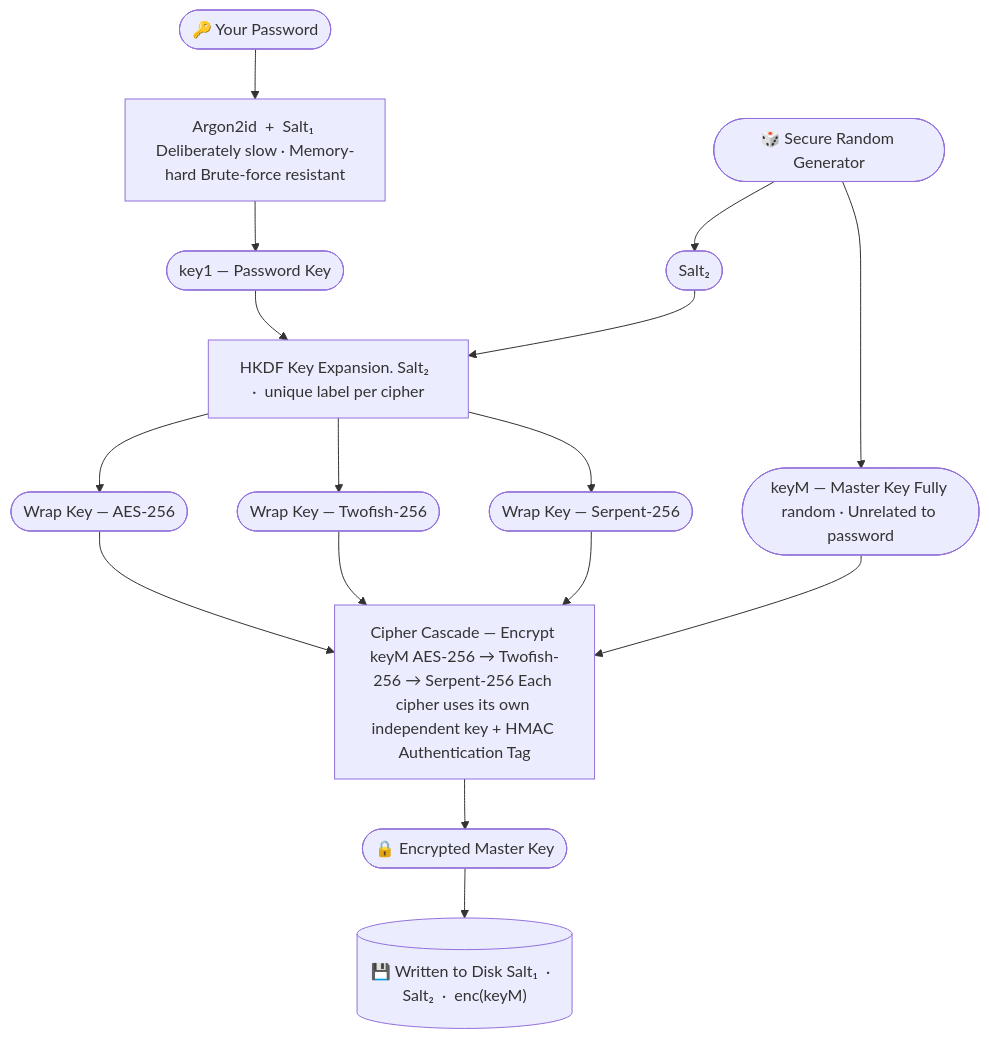
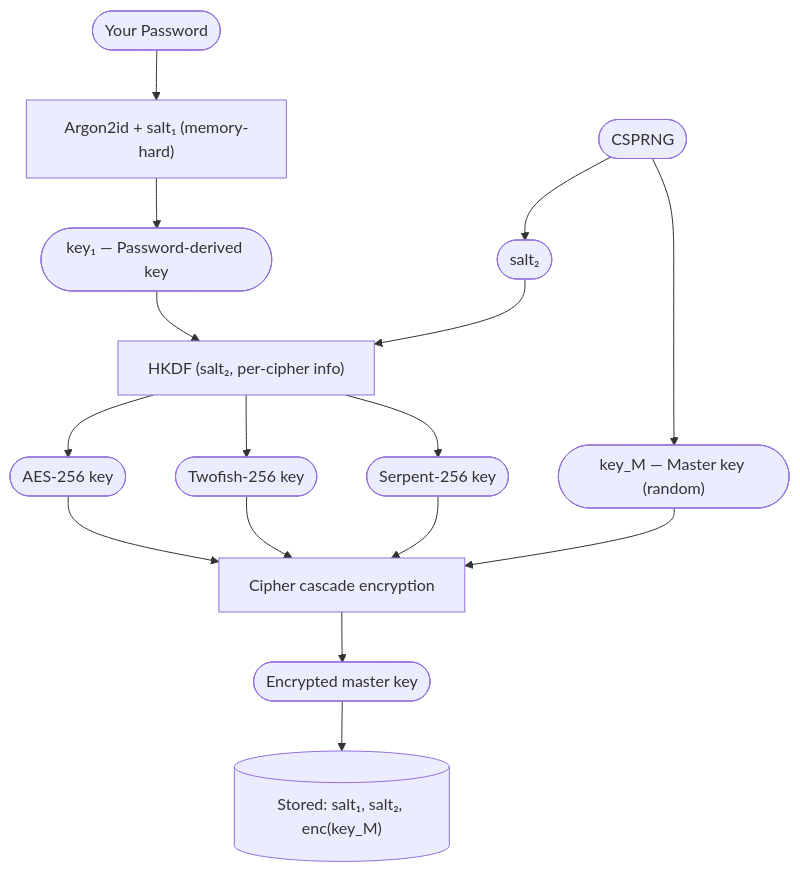
Before and after one commit to DeepinkApp/deepink: the first of 2 diagrams in packages/site/src/content/docs/introduction/encryption.md, drawn with Mermaid. The commit also changed other lines of this file, not shown here.

Commit message:
docs: proofread the encryption section

````diff
--- a/packages/site/src/content/docs/introduction/encryption.md
+++ b/packages/site/src/content/docs/introduction/encryption.md
@@ -24,23 +31,23 @@
 ```mermaid
 flowchart TD
-    PW(["🔑 Your Password"]) --> ARGON["Argon2id  +  Salt₁ Deliberately slow · Memory-hard Brute-force resistant"]
-    ARGON --> KEY1(["key1 — Password Key"])
+    PW(["Your Password"]) --> ARGON["Argon2id + salt₁ (memory-hard)"]
+    ARGON --> KEY1(["key₁ — Password-derived key"])
 
-    RAND(["🎲 Secure Random Generator"]) --> KEYM(["keyM — Master Key Fully random · Unrelated to password"])
-    RAND --> SALT2(["Salt₂"])
+    RAND(["CSPRNG"]) --> KEYM(["key_M — Master key (random)"])
+    RAND --> SALT2(["salt₂"])
 
-    KEY1 --> HKDF_W["HKDF Key Expansion. Salt₂  ·  unique label per cipher"]
+    KEY1 --> HKDF_W["HKDF (salt₂, per-cipher info)"]
     SALT2 --> HKDF_W
 
-    HKDF_W --> WK1(["Wrap Key — AES-256"])
-    HKDF_W --> WK2(["Wrap Key — Twofish-256"])
-    HKDF_W --> WK3(["Wrap Key — Serpent-256"])
+    HKDF_W --> WK1(["AES-256 key"])
+    HKDF_W --> WK2(["Twofish-256 key"])
+    HKDF_W --> WK3(["Serpent-256 key"])
 
-    WK1 --> CASENC["Cipher Cascade — Encrypt keyM AES-256 → Twofish-256 → Serpent-256 Each cipher uses its own independent key + HMAC Authentication Tag"]
+    WK1 --> CASENC["Cipher cascade encryption"]
     WK2 --> CASENC
     WK3 --> CASENC
     KEYM --> CASENC
 
-    CASENC --> ENCM(["🔒 Encrypted Master Key"])
-    ENCM --> DISK[("💾 Written to Disk Salt₁  ·  Salt₂  ·  enc(keyM)")]
+    CASENC --> ENCM(["Encrypted master key"])
+    ENCM --> DISK[("Stored: salt₁, salt₂, enc(key_M)")]
 ```
````
